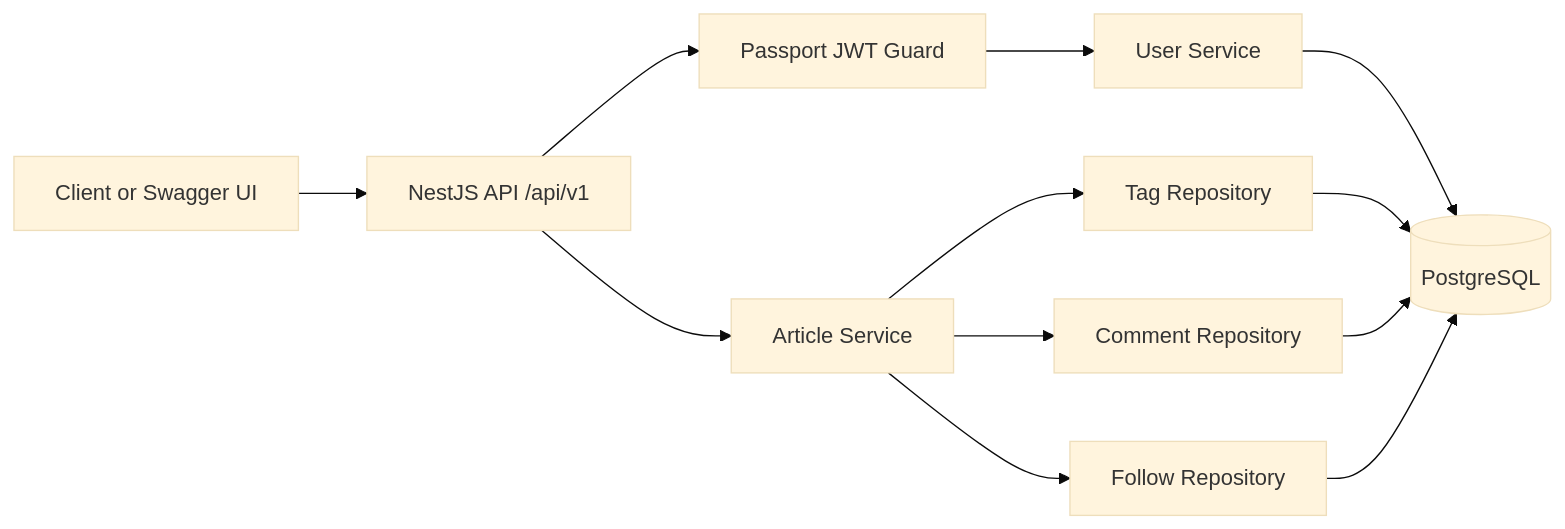
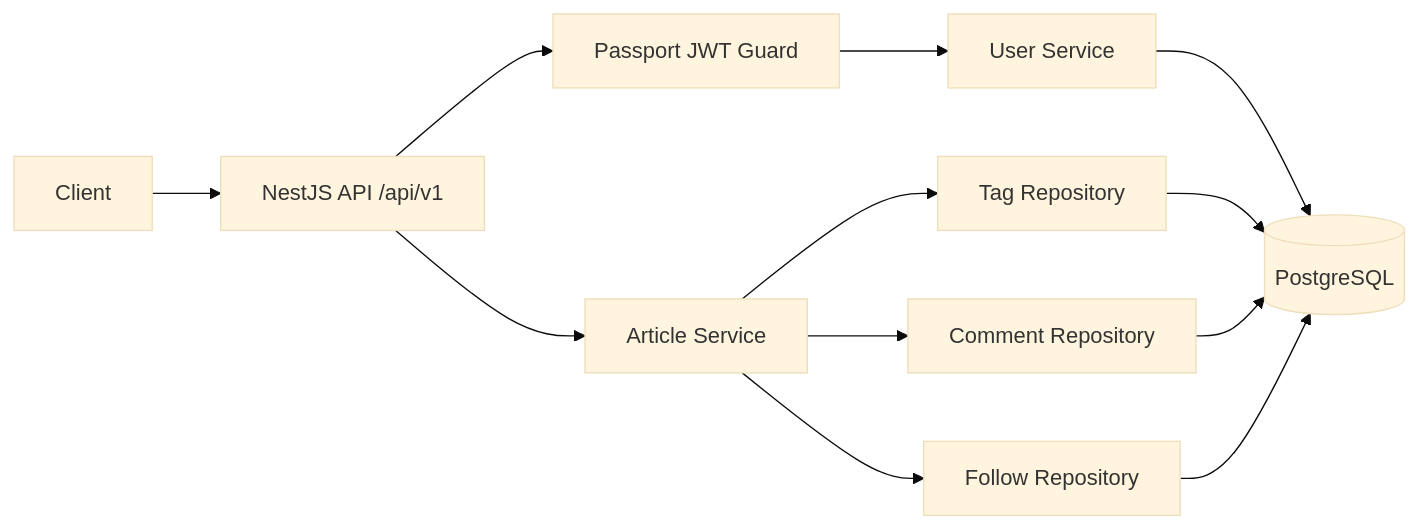
The diagram in README.md (baobacluc3/mediumclone-v2), drawn with Mermaid (base theme) before and after one commit. The commit also changed other lines of this file and 21 other files, not shown here.

````diff
--- a/README.md
+++ b/README.md
@@ -20,14 +18,14 @@
 ```mermaid
 flowchart LR
-  Client["Client or Swagger UI"] --> API["NestJS API /api/v1"]
+  Client["Client"] --> API["NestJS API /api/v1"]
   API --> Guard["Passport JWT Guard"]
   Guard --> User["User Service"]
   API --> Article["Article Service"]
   Article --> Tags["Tag Repository"]
   Article --> Comments["Comment Repository"]
   Article --> Follows["Follow Repository"]
   User --> DB[("PostgreSQL")]
   Tags --> DB
   Comments --> DB
   Follows --> DB
 ```
````
